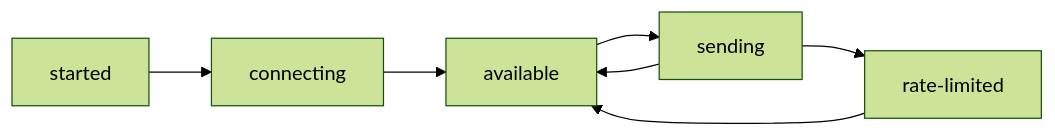
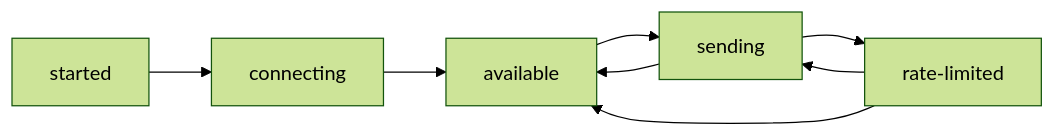
The diagram in README.md (noss/golare), drawn with Mermaid (forest theme) before and after one commit.

Commit message:
rate-limit to sending transition

````diff
--- a/README.md
+++ b/README.md
@@ -14,9 +14,10 @@
 ```mermaid
 flowchart LR
     started --> connecting
     connecting --> available
     available --> sending
     sending --> available
     sending --> rate-limited
     rate-limited --> available
+    rate-limited --> sending
 ```
````
